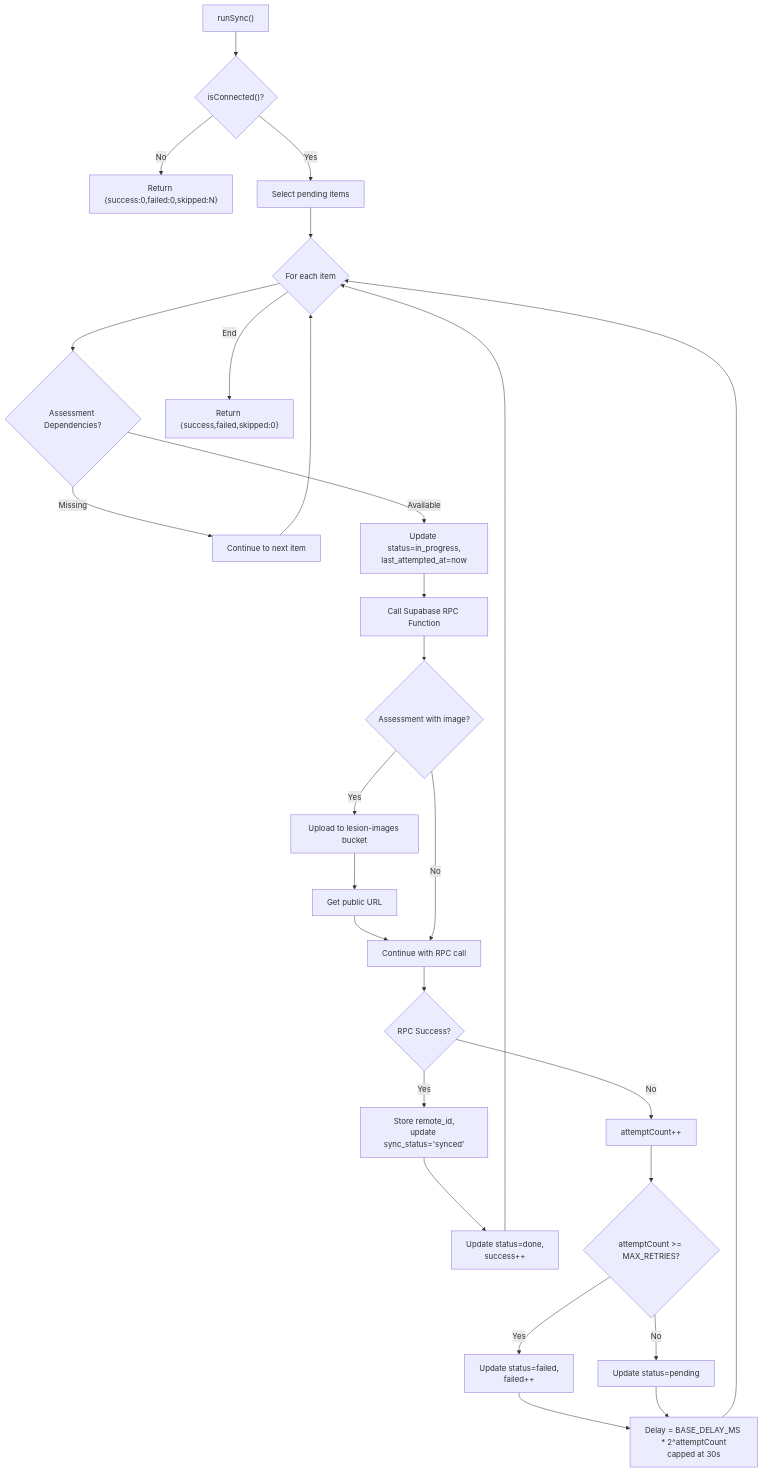
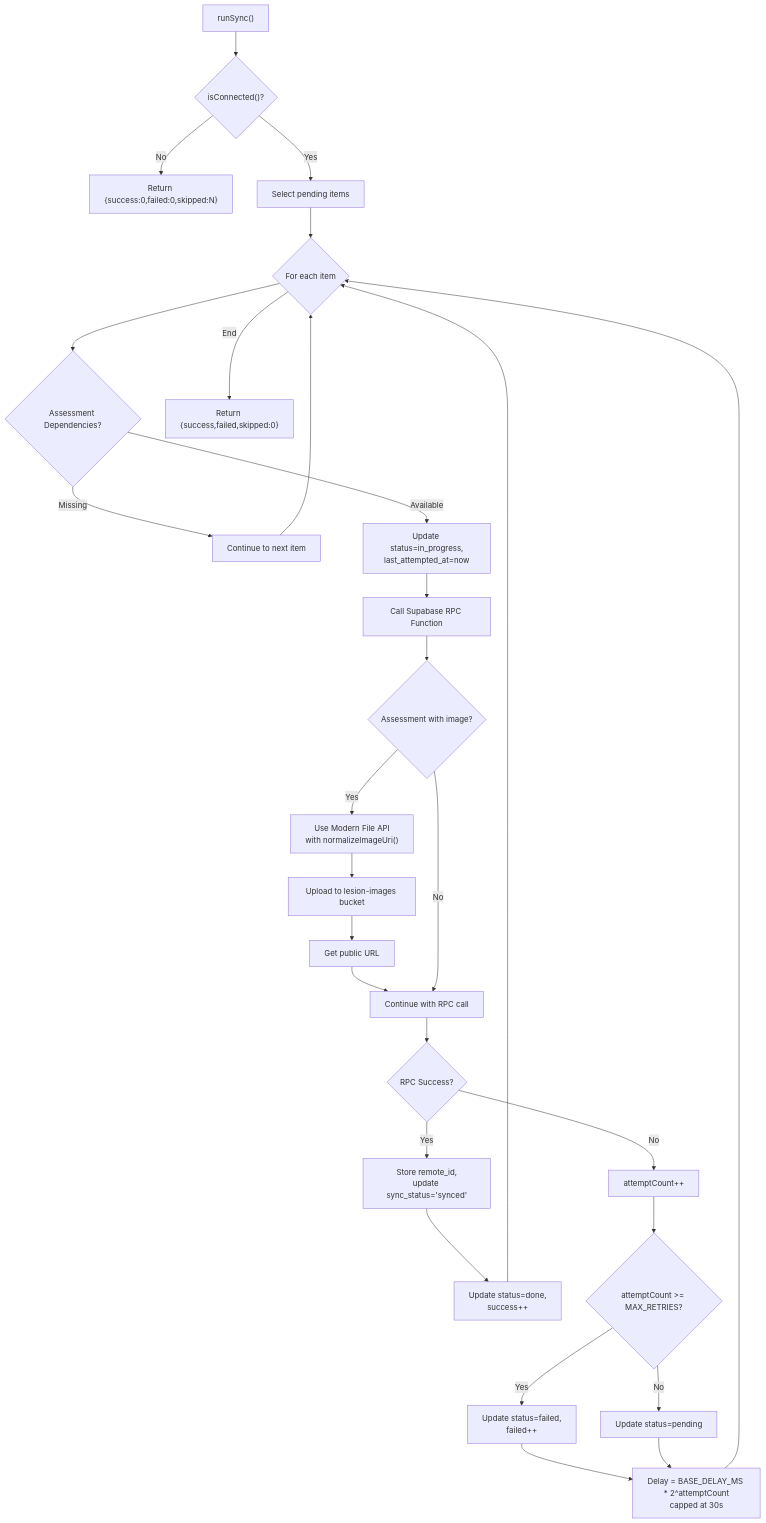
One commit to AdeelTahir-SE/DermSight changed the sixth of 12 diagrams in .qoder/repowiki/en/content/Synchronization System.md. Above: the diagram before and after it, drawn with Mermaid. The commit also changed other lines of this file and 37 other files, not shown here.

````diff
--- a/.qoder/repowiki/en/content/Synchronization System.md
+++ b/.qoder/repowiki/en/content/Synchronization System.md
@@ -435,29 +445,30 @@
 ```mermaid
 flowchart TD
 RunStart["runSync()"] --> CheckOnline{"isConnected()?"}
 CheckOnline --> |No| ReturnSkip["Return {success:0,failed:0,skipped:N}"]
 CheckOnline --> |Yes| FetchPending["Select pending items"]
 FetchPending --> LoopItems{"For each item"}
 LoopItems --> CheckDeps{"Assessment Dependencies?"}
 CheckDeps --> |Missing| Continue["Continue to next item"]
 CheckDeps --> |Available| MarkInProg["Update status=in_progress,<br/>last_attempted_at=now"]
 MarkInProg --> TryRPC["Call Supabase RPC Function"]
 TryRPC --> UploadImage{"Assessment with image?"}
-UploadImage --> |Yes| UploadToStorage["Upload to lesion-images bucket"]
+UploadImage --> |Yes| ModernFileAPI["Use Modern File API<br/>with normalizeImageUri()"]
+ModernFileAPI --> UploadToStorage["Upload to lesion-images bucket"]
 UploadToStorage --> GetURL["Get public URL"]
 GetURL --> ContinueRPC["Continue with RPC call"]
 UploadImage --> |No| ContinueRPC
 ContinueRPC --> RPCSuccess{"RPC Success?"}
 RPCSuccess --> |Yes| StoreRemoteId["Store remote_id,<br/>update sync_status='synced'"]
 StoreRemoteId --> MarkDone["Update status=done,<br/>success++"]
 RPCSuccess --> |No| IncAttempts["attemptCount++"]
 IncAttempts --> MaxReached{"attemptCount >= MAX_RETRIES?"}
 MaxReached --> |Yes| MarkFailed["Update status=failed,<br/>failed++"]
 MaxReached --> |No| KeepPending["Update status=pending"]
 MarkFailed --> Backoff["Delay = BASE_DELAY_MS * 2^attemptCount<br/>capped at 30s"]
 KeepPending --> Backoff
 Backoff --> LoopItems
 MarkDone --> LoopItems
 Continue --> LoopItems
 LoopItems --> |End| ReturnResult["Return {success,failed,skipped:0}"]
 ```
````
